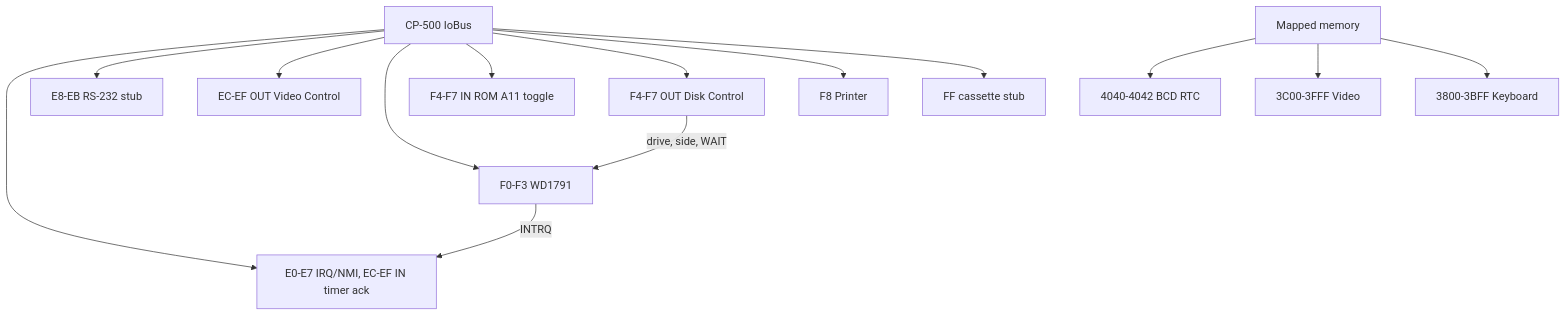
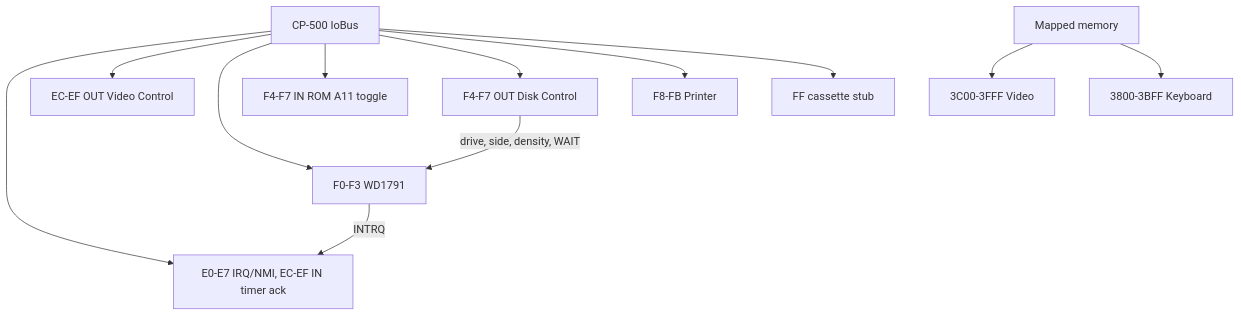
The diagram in lode/cp500/devices.md (fredimachado/heh8080), drawn with Mermaid before and after one commit. The commit also changed other lines of this file and 55 other files, not shown here.

````diff
--- a/lode/cp500/devices.md
+++ b/lode/cp500/devices.md
@@ -23,16 +25,14 @@
 ```mermaid
 graph TB
     Bus[CP-500 IoBus] --> Int[E0-E7 IRQ/NMI, EC-EF IN timer ack]
-    Bus --> RS[E8-EB RS-232 stub]
     Bus --> Video[EC-EF OUT Video Control]
     Bus --> FDC[F0-F3 WD1791]
     Bus --> Rom[F4-F7 IN ROM A11 toggle]
     Bus --> DiskControl[F4-F7 OUT Disk Control]
-    DiskControl -->|drive, side, WAIT| FDC
+    DiskControl -->|drive, side, density, WAIT| FDC
     FDC -->|INTRQ| Int
-    Bus --> Printer[F8 Printer]
+    Bus --> Printer[F8-FB Printer]
     Bus --> Cass[FF cassette stub]
-    Memory[Mapped memory] --> RTC[4040-4042 BCD RTC]
-    Memory --> VRAM[3C00-3FFF Video]
+    Memory[Mapped memory] --> VRAM[3C00-3FFF Video]
     Memory --> Keyboard[3800-3BFF Keyboard]
 ```
````
